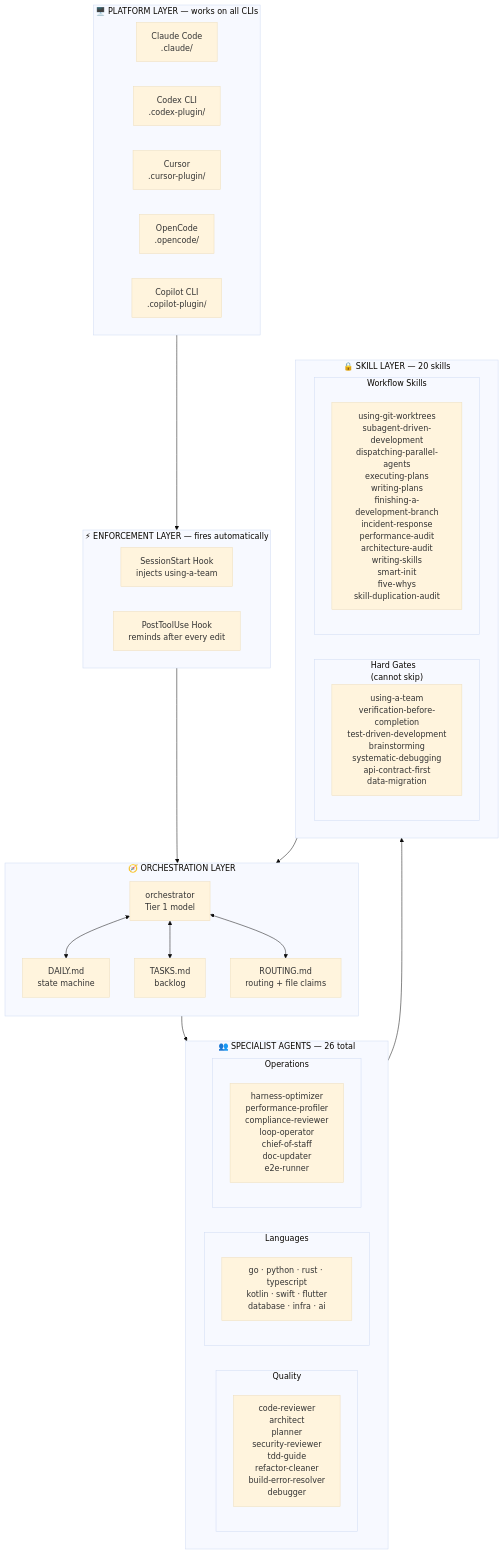
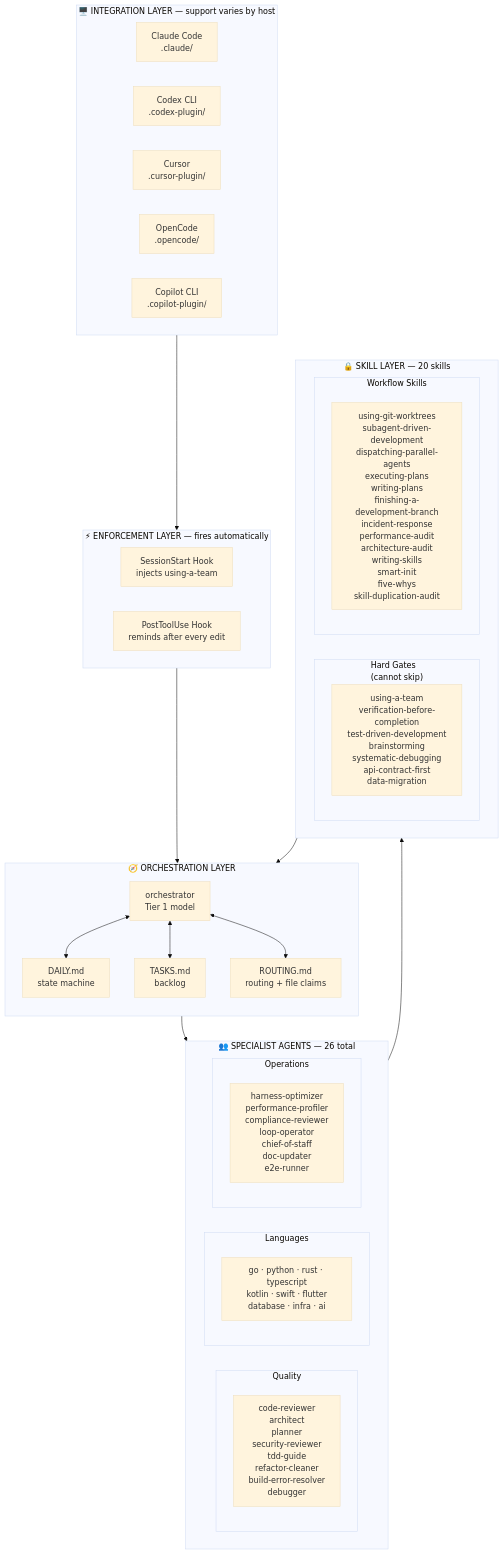
One commit to RBraga01/a-team changed the first of 4 diagrams in docs/overview.md. Above: the diagram before and after it, drawn with Mermaid (base theme). The commit also changed other lines of this file and 7 other files, not shown here.

````diff
--- a/docs/overview.md
+++ b/docs/overview.md
@@ -26,60 +26,60 @@
 ```mermaid
 graph TB
-    subgraph P["🖥️  PLATFORM LAYER — works on all CLIs"]
+    subgraph P["🖥️  INTEGRATION LAYER — support varies by host"]
         direction LR
         CC["Claude Code\n.claude/"]
         CX["Codex CLI\n.codex-plugin/"]
         CU["Cursor\n.cursor-plugin/"]
         OC["OpenCode\n.opencode/"]
         CP["Copilot CLI\n.copilot-plugin/"]
     end
 
     subgraph E["⚡  ENFORCEMENT LAYER — fires automatically"]
         direction LR
         SH["SessionStart Hook\ninjects using-a-team"]
         PH["PostToolUse Hook\nreminds after every edit"]
     end
 
     subgraph O["🧭  ORCHESTRATION LAYER"]
         direction TB
         ORCH["orchestrator\nTier 1 model"]
         DAILY["DAILY.md\nstate machine"]
         TASKS["TASKS.md\nbacklog"]
         ROUTING["ROUTING.md\nrouting + file claims"]
         ORCH <--> DAILY
         ORCH <--> TASKS
         ORCH <--> ROUTING
     end
 
     subgraph A["👥  SPECIALIST AGENTS — 26 total"]
         direction LR
         subgraph QUALITY["Quality"]
             QA["code-reviewer\narchitect\nplanner\nsecurity-reviewer\ntdd-guide\nrefactor-cleaner\nbuild-error-resolver\ndebugger"]
         end
         subgraph LANG["Languages"]
             LA["go · python · rust · typescript\nkotlin · swift · flutter\ndatabase · infra · ai"]
         end
         subgraph OPS["Operations"]
             OP["harness-optimizer\nperformance-profiler\ncompliance-reviewer\nloop-operator\nchief-of-staff\ndoc-updater\ne2e-runner"]
         end
     end
 
     subgraph S["🔒  SKILL LAYER — 20 skills"]
         direction LR
         subgraph HARD["Hard Gates\n(cannot skip)"]
             HG["using-a-team\nverification-before-completion\ntest-driven-development\nbrainstorming\nsystematic-debugging\napi-contract-first\ndata-migration"]
         end
         subgraph WORK["Workflow Skills"]
             WS["using-git-worktrees\nsubagent-driven-development\ndispatching-parallel-agents\nexecuting-plans\nwriting-plans\nfinishing-a-development-branch\nincident-response\nperformance-audit\narchitecture-audit\nwriting-skills\nsmart-init\nfive-whys\nskill-duplication-audit"]
         end
     end
 
     P --> E
     E --> O
     O --> A
     A --> S
     S --> O
 
     classDef layer fill:#1e293b,color:#f1f5f9,stroke:#334155
     classDef platform fill:#0f172a,color:#94a3b8,stroke:#1e293b
 ```
````
